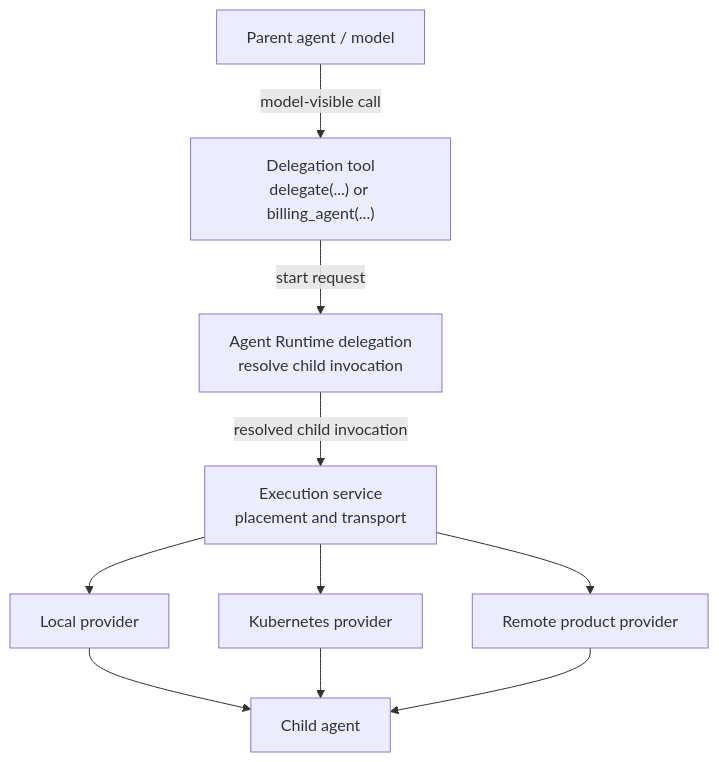
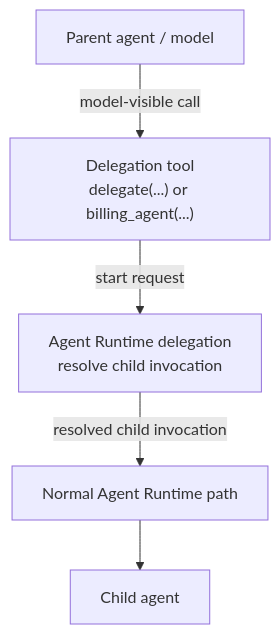
One commit to karaka-ai/karaka changed the fourth of 6 diagrams in docs/architecture.md. Above: the diagram before and after it, drawn with Mermaid. The commit also changed other lines of this file and 2 other files, not shown here.

Commit message:
docs: replace execution with transport seam

````diff
--- a/docs/architecture.md
+++ b/docs/architecture.md
@@ -335,21 +335,13 @@
 ```mermaid
 flowchart TB
   Parent["Parent agent / model"]
   Tool["Delegation tool<br/>delegate(...) or billing_agent(...)"]
   Service["Agent Runtime delegation<br/>resolve child invocation"]
-  Execution["Execution service<br/>placement and transport"]
-  Local["Local provider"]
-  K8s["Kubernetes provider"]
-  Remote["Remote product provider"]
+  Runtime["Normal Agent Runtime path"]
   Child["Child agent"]
 
   Parent -->|model-visible call| Tool
   Tool -->|start request| Service
-  Service -->|resolved child invocation| Execution
-  Execution --> Local
-  Execution --> K8s
-  Execution --> Remote
-  Local --> Child
-  K8s --> Child
-  Remote --> Child
+  Service -->|resolved child invocation| Runtime
+  Runtime --> Child
 ```
````
